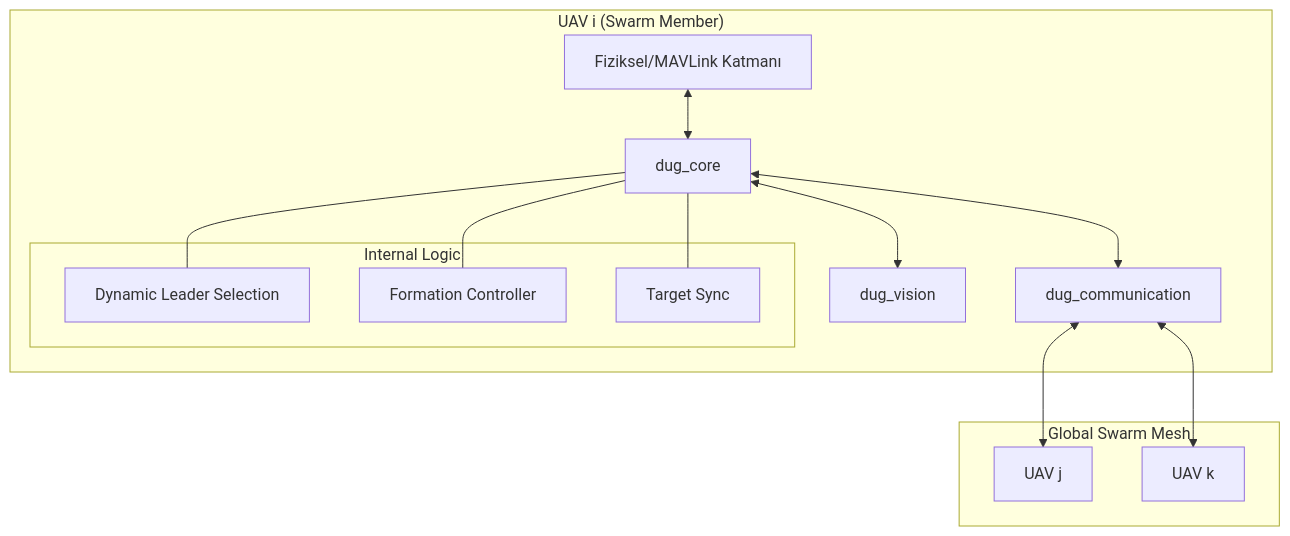
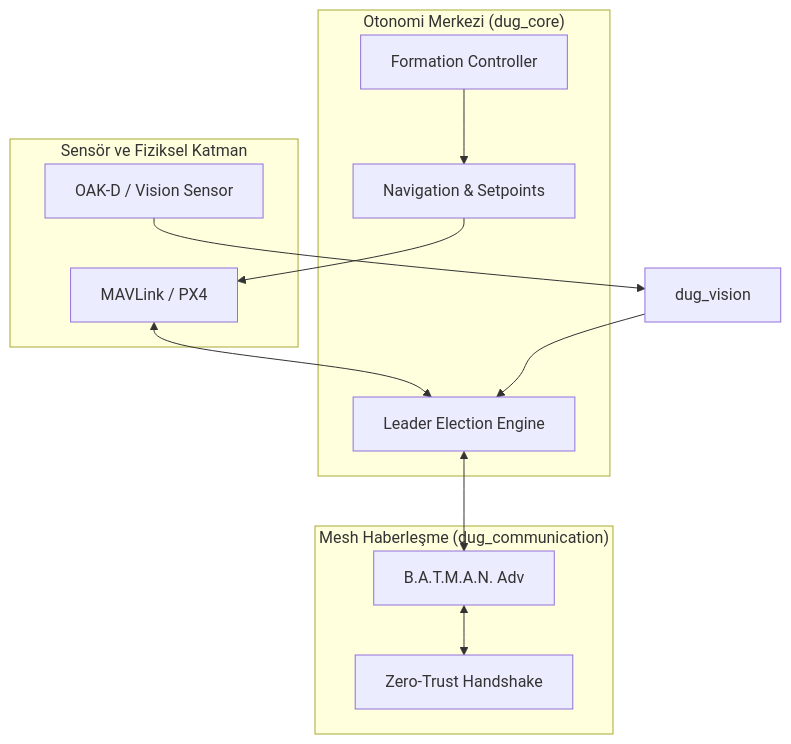
Before and after one commit to arch-yunus/decentralized-uav-grid: the diagram in README.md, drawn with Mermaid. The commit also changed other lines of this file, not shown here.

Commit message:
docs: major README overhaul with math models, security logic and expanded roadmap

````diff
--- a/README.md
+++ b/README.md
@@ -35,22 +34,26 @@
 ```mermaid
 graph TD
-    subgraph "UAV i (Swarm Member)"
-        MAV[Fiziksel/MAVLink Katmanı] <--> CORE[dug_core]
-        CORE <--> COMM[dug_communication]
-        CORE <--> VIS[dug_vision]
-        
-        subgraph "Internal Logic"
-            LDR[Dynamic Leader Selection]
-            FORM[Formation Controller]
-            SYNC[Target Sync]
-        end
-        CORE --- LDR
-        CORE --- FORM
-        CORE --- SYNC
+    subgraph "Sensör ve Fiziksel Katman"
+        MAV[MAVLink / PX4]
+        CAM[OAK-D / Vision Sensor]
     end
     
-    subgraph "Global Swarm Mesh"
-        COMM <--> Peer1[UAV j]
-        COMM <--> Peer2[UAV k]
+    subgraph "Otonomi Merkezi (dug_core)"
+        LDR[Leader Election Engine]
+        FORM[Formation Controller]
+        NAV[Navigation & Setpoints]
     end
+    
+    subgraph "Mesh Haberleşme (dug_communication)"
+        BAT[B.A.T.M.A.N. Adv]
+        ZT[Zero-Trust Handshake]
+    end
+
+    MAV <--> LDR
+    CAM --> VIS[dug_vision]
+    VIS --> LDR
+    LDR <--> BAT
+    BAT <--> ZT
+    FORM --> NAV
+    NAV --> MAV
 ```
````
